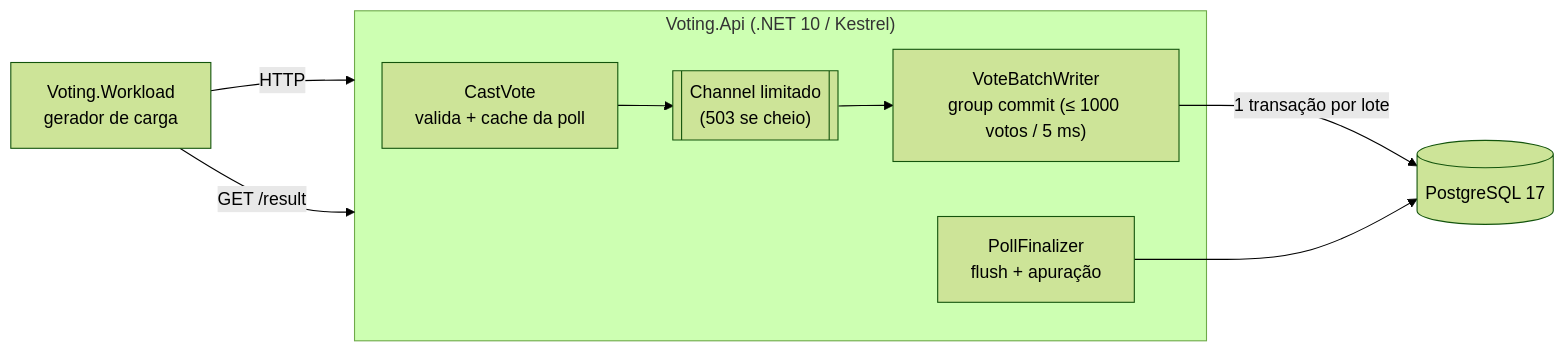
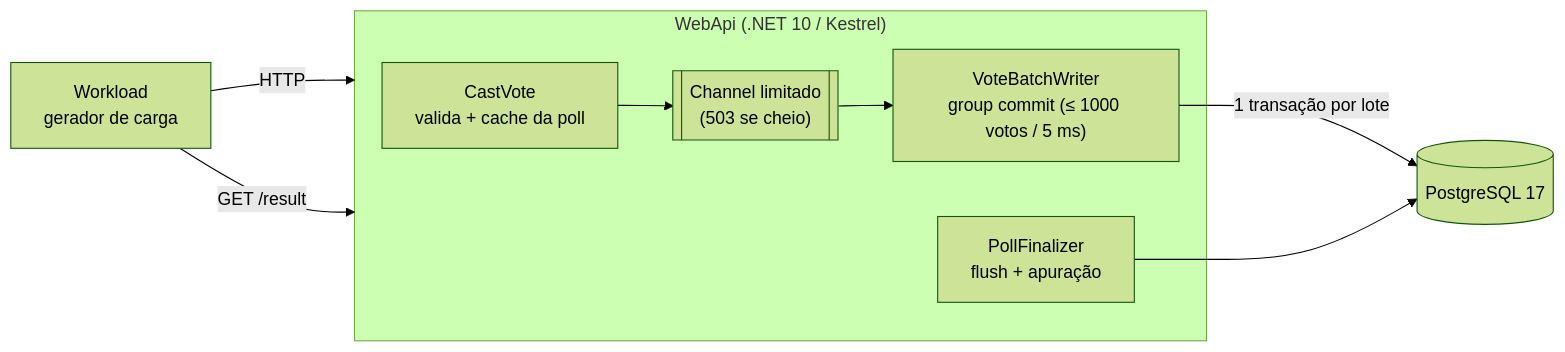
Before and after one commit to GabrielRego1/Voting: the diagram in README.md, drawn with Mermaid (forest theme). The commit also changed 1 other file, not shown here.

Commit message:
docs: update plan project structure and readme diagram

````diff
--- a/README.md
+++ b/README.md
@@ -12,12 +12,12 @@
 ```mermaid
 flowchart LR
-    G["Voting.Workload<br/>gerador de carga"] -->|HTTP| API
-    subgraph API["Voting.Api (.NET 10 / Kestrel)"]
+    G["Workload<br/>gerador de carga"] -->|HTTP| API
+    subgraph API["WebApi (.NET 10 / Kestrel)"]
         V["CastVote<br/>valida + cache da poll"] --> Q[["Channel limitado<br/>(503 se cheio)"]]
         Q --> W["VoteBatchWriter<br/>group commit (≤ 1000 votos / 5 ms)"]
         F["PollFinalizer<br/>flush + apuração"]
     end
     W -->|"1 transação por lote"| DB[("PostgreSQL 17")]
     F --> DB
     G -->|"GET /result"| API
 ```
````
